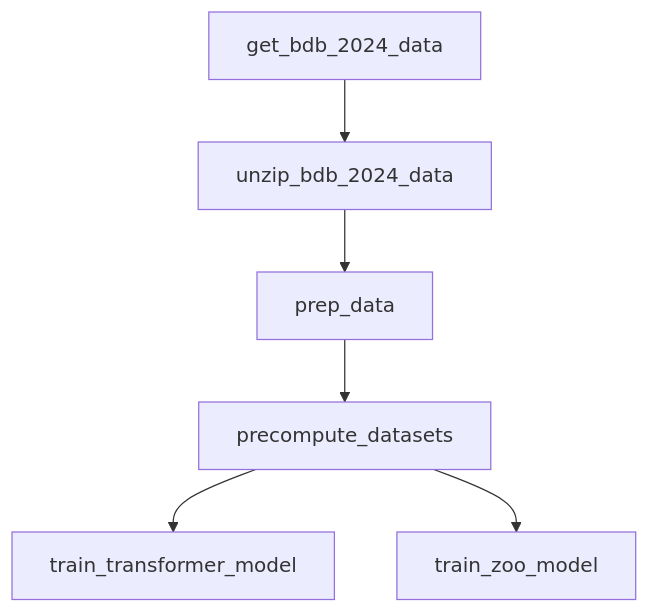
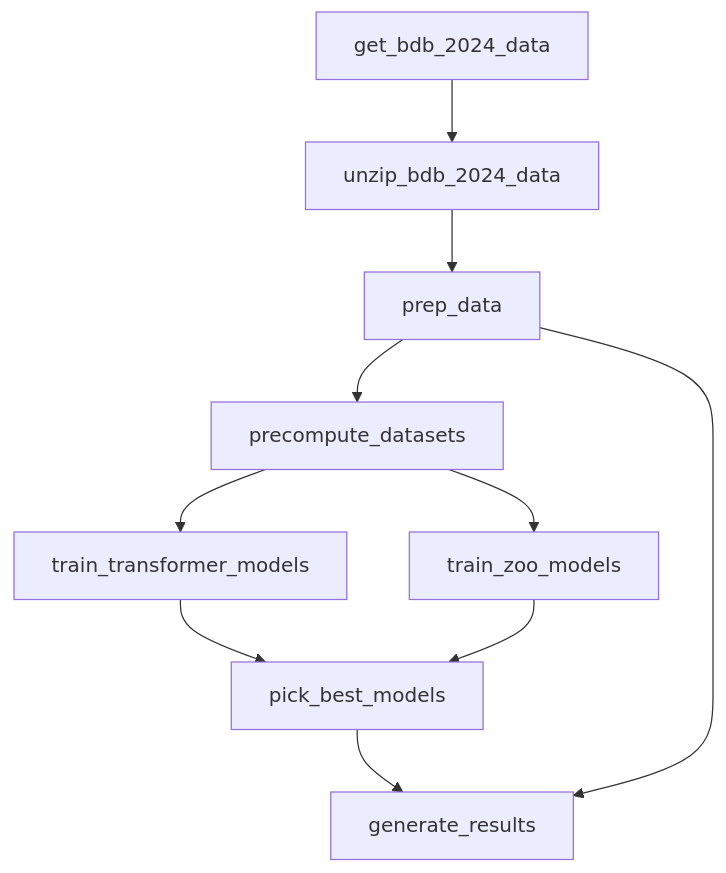
One commit to SumerSports/SportsTrackingTransformer changed the diagram in pipeline.md. Above: the diagram before and after it, drawn with Mermaid. The commit also changed 3 other files, not shown here.

````diff
--- a/pipeline.md
+++ b/pipeline.md
@@ -1,14 +1,20 @@
 ```mermaid
 flowchart TD
-	node1["get_bdb_2024_data"]
-	node2["precompute_datasets"]
-	node3["prep_data"]
-	node4["train_transformer_model"]
-	node5["train_zoo_model"]
-	node6["unzip_bdb_2024_data"]
-	node1-->node6
-	node2-->node4
-	node2-->node5
-	node3-->node2
+	node1["generate_results"]
+	node2["get_bdb_2024_data"]
+	node3["pick_best_models"]
+	node4["precompute_datasets"]
+	node5["prep_data"]
+	node6["train_transformer_models"]
+	node7["train_zoo_models"]
+	node8["unzip_bdb_2024_data"]
+	node2-->node8
+	node3-->node1
+	node4-->node6
+	node4-->node7
+	node5-->node1
+	node5-->node4
 	node6-->node3
+	node7-->node3
+	node8-->node5
 ```
````
